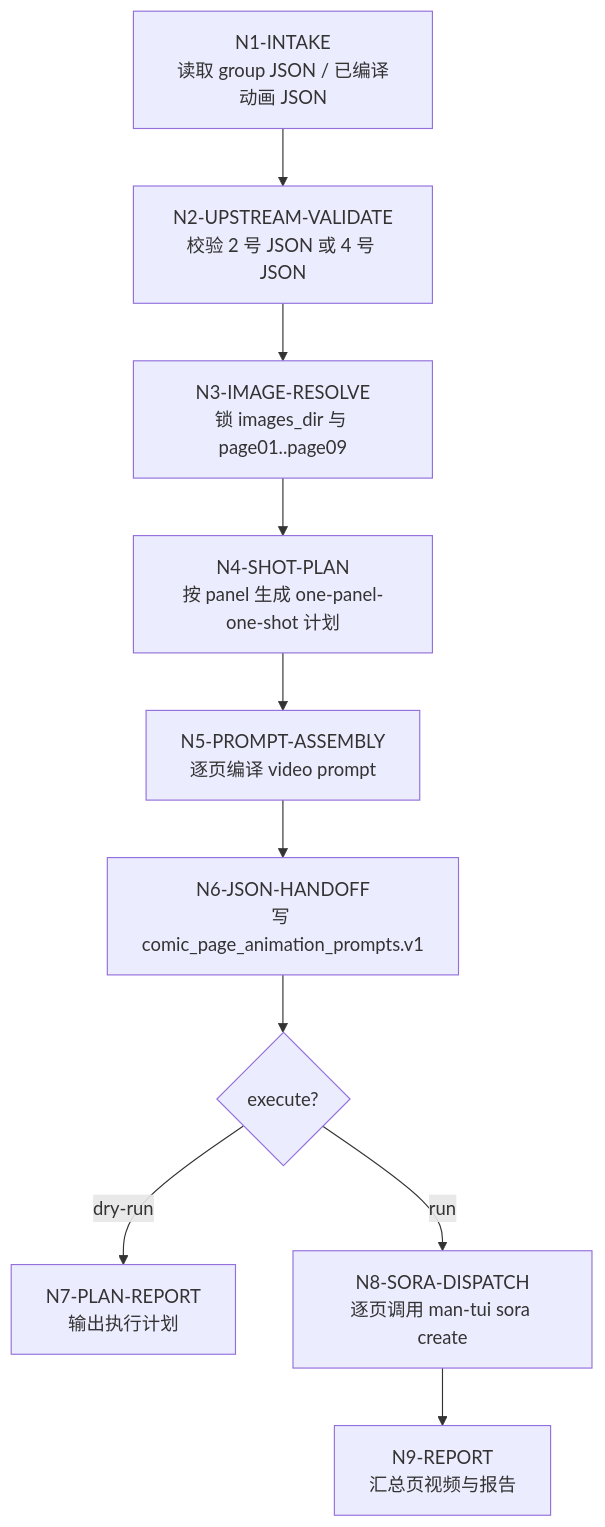
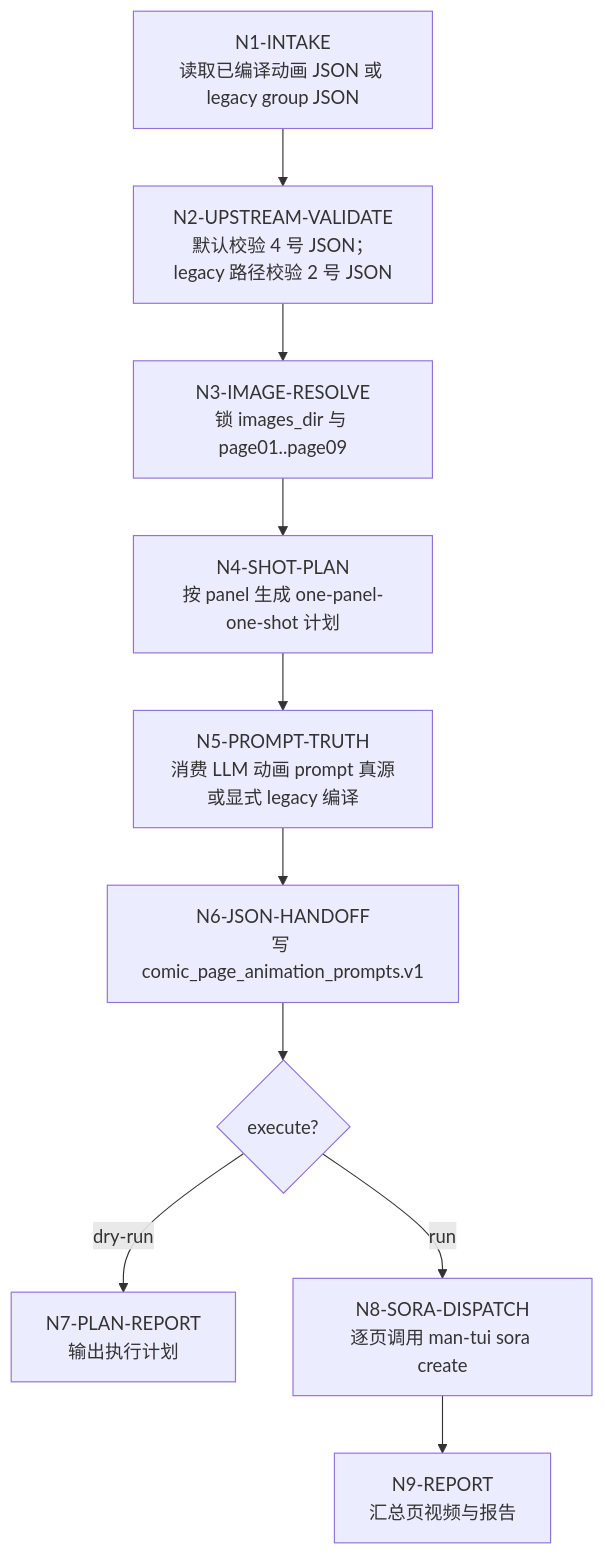
Before and after one commit to ZEN-VOID/AI-CUT: the first of 3 diagrams in .agents/skills/comic/4-动画生成/SKILL.md, drawn with Mermaid. The commit also changed other lines of this file and 362 other files, not shown here.

````diff
--- a/.agents/skills/comic/4-动画生成/SKILL.md
+++ b/.agents/skills/comic/4-动画生成/SKILL.md
@@ -97,12 +105,12 @@
 ```mermaid
 flowchart TD
-    A["N1-INTAKE<br/>读取 group JSON / 已编译动画 JSON"] --> B["N2-UPSTREAM-VALIDATE<br/>校验 2 号 JSON 或 4 号 JSON"]
+    A["N1-INTAKE<br/>读取已编译动画 JSON 或 legacy group JSON"] --> B["N2-UPSTREAM-VALIDATE<br/>默认校验 4 号 JSON；legacy 路径校验 2 号 JSON"]
     B --> C["N3-IMAGE-RESOLVE<br/>锁 images_dir 与 page01..page09"]
     C --> D["N4-SHOT-PLAN<br/>按 panel 生成 one-panel-one-shot 计划"]
-    D --> E["N5-PROMPT-ASSEMBLY<br/>逐页编译 video prompt"]
+    D --> E["N5-PROMPT-TRUTH<br/>消费 LLM 动画 prompt 真源或显式 legacy 编译"]
     E --> F["N6-JSON-HANDOFF<br/>写 comic_page_animation_prompts.v1"]
     F --> G{"execute?"}
     G -->|"dry-run"| H["N7-PLAN-REPORT<br/>输出执行计划"]
     G -->|"run"| I["N8-SORA-DISPATCH<br/>逐页调用 man-tui sora create"]
     I --> J["N9-REPORT<br/>汇总页视频与报告"]
 ```
````
